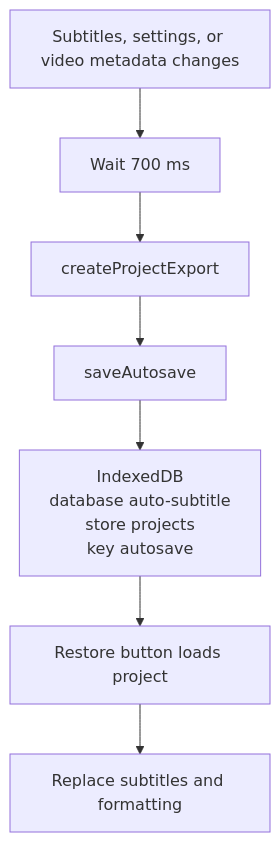
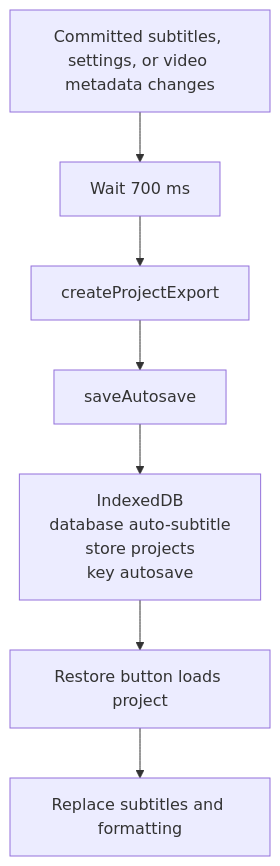
One commit to zxyandreay/auto-subtitle changed diagram 16 of 18 in docs/project-state.md. Above: the diagram before and after it, drawn with Mermaid. The commit also changed other lines of this file and 38 other files, not shown here.

````diff
--- a/docs/project-state.md
+++ b/docs/project-state.md
@@ -1271,9 +1309,9 @@
 ```mermaid
 flowchart TD
-    Change["Subtitles, settings, or video metadata changes"] --> Debounce["Wait 700 ms"]
+    Change["Committed subtitles, settings, or video metadata changes"] --> Debounce["Wait 700 ms"]
     Debounce --> Project["createProjectExport"]
     Project --> Save["saveAutosave"]
     Save --> IndexedDb["IndexedDB\ndatabase auto-subtitle\nstore projects\nkey autosave"]
     IndexedDb --> Restore["Restore button loads project"]
     Restore --> Replace["Replace subtitles and formatting"]
 ```
````
